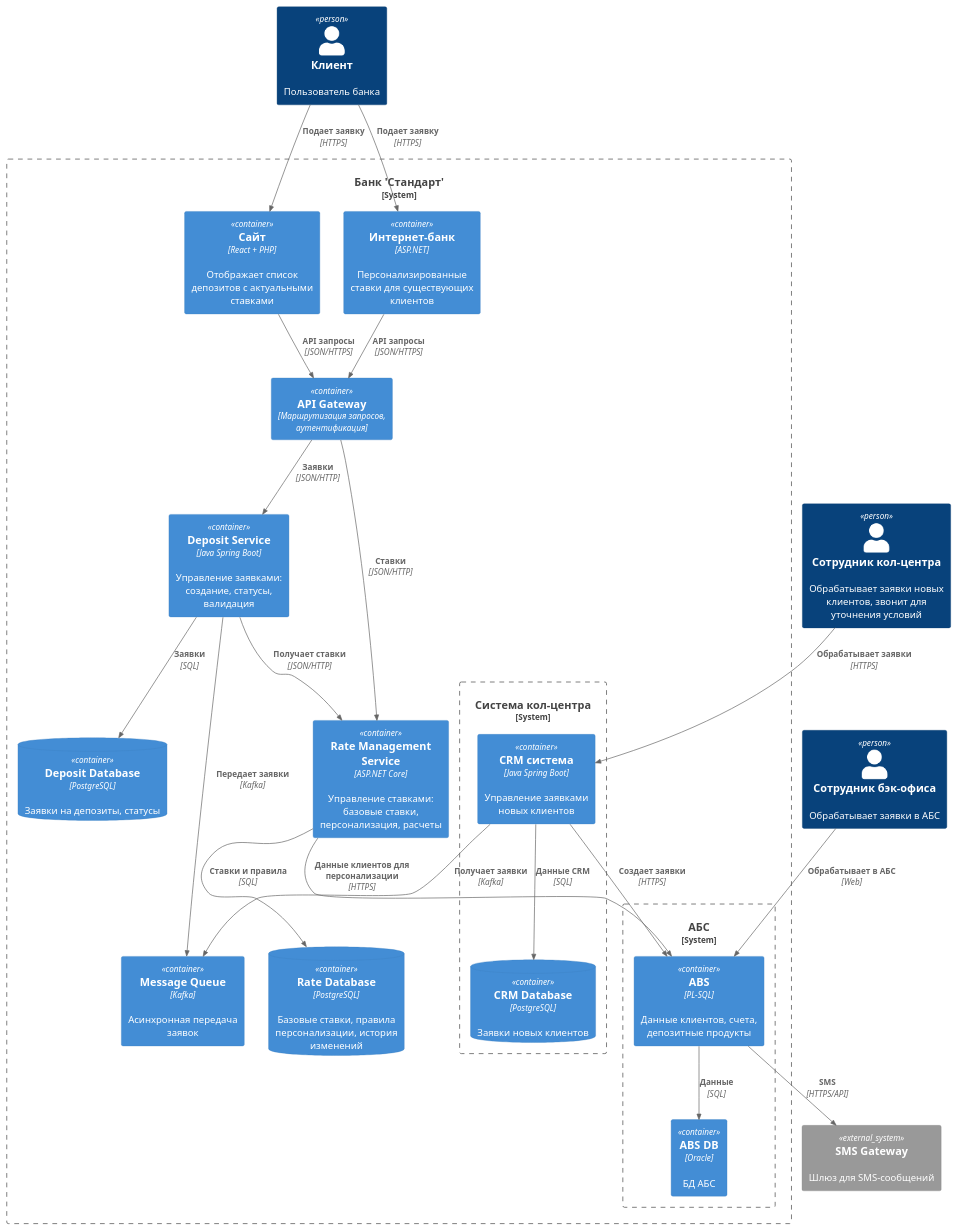
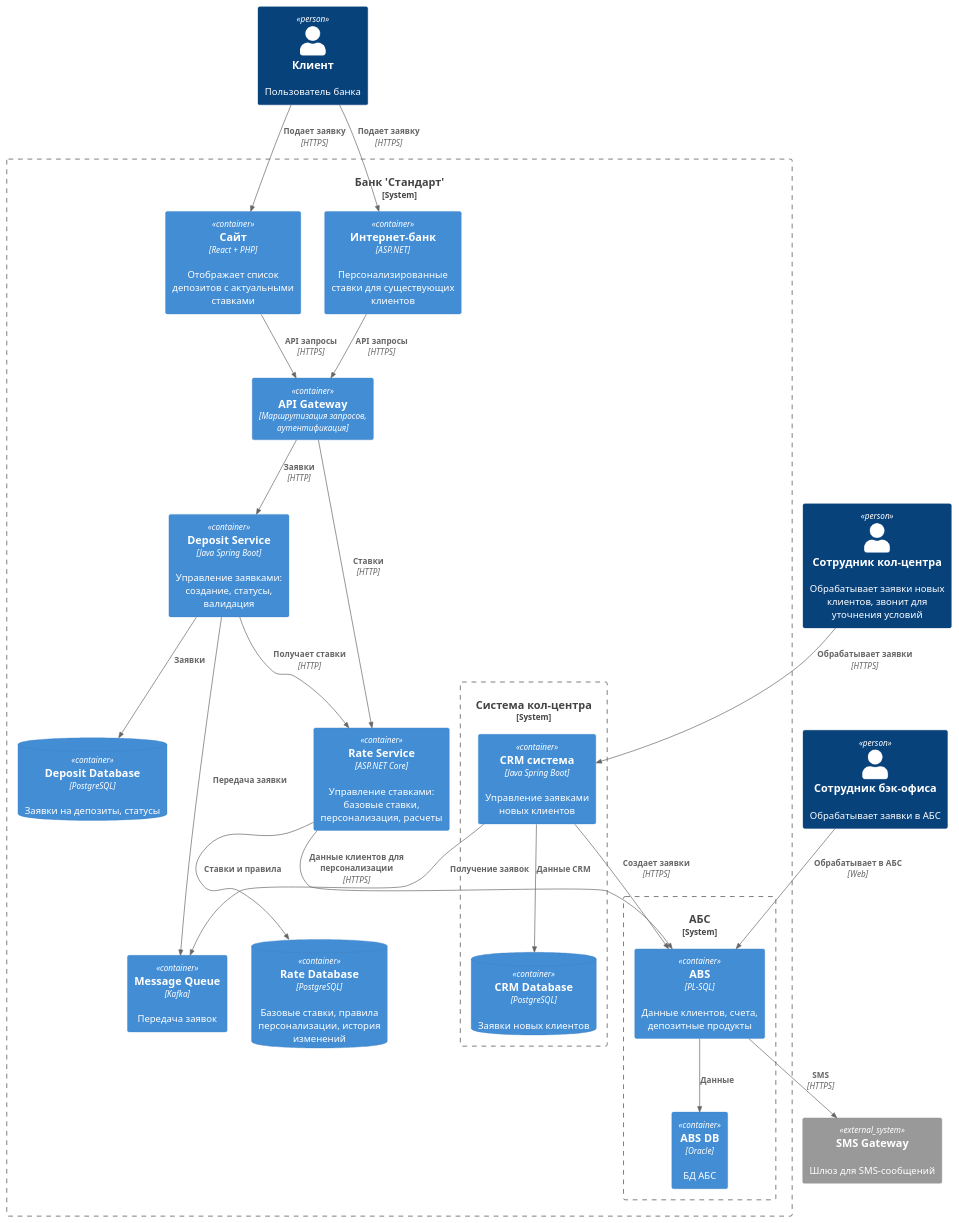
One commit to DanilaRazinkov/architecture-pro-standart changed the diagram in Task3/diagrams/c4_container.puml. Above: the diagram before and after it, drawn with PlantUML. The commit also changed 12 other files, not shown here.

```diff
--- a/Task3/diagrams/c4_container.puml
+++ b/Task3/diagrams/c4_container.puml
@@ -1,62 +1,62 @@
 @startuml
 top to bottom direction
 
 !includeurl https://raw.githubusercontent.com/plantuml-stdlib/C4-PlantUML/master/C4_Component.puml
 
 Person(user, "Клиент", "Пользователь банка")
 Person(callAgent, "Сотрудник кол-центра", "Обрабатывает заявки новых клиентов, звонит для уточнения условий")
 Person(backOffice, "Сотрудник бэк-офиса", "Обрабатывает заявки в АБС")
 
 System_Boundary(bank, "Банк 'Стандарт'") {
     Container(website, "Сайт", "React + PHP", "Отображает список депозитов с актуальными ставками")
     Container(internetBank, "Интернет-банк", "ASP.NET", "Персонализированные ставки для существующих клиентов")
 
     Container(lb, "API Gateway", "Маршрутизация запросов, аутентификация")
 
     Container(depositService, "Deposit Service", "Java Spring Boot", "Управление заявками: создание, статусы, валидация")
-    Container(rateService, "Rate Management Service", "ASP.NET Core", "Управление ставками: базовые ставки, персонализация, расчеты")
-
-    Container(kafkaMQ, "Message Queue", "Kafka", "Асинхронная передача заявок")
+    Container(rateService, "Rate Service", "ASP.NET Core", "Управление ставками: базовые ставки, персонализация, расчеты")
 
     ContainerDb(depositDb, "Deposit Database", "PostgreSQL", "Заявки на депозиты, статусы")
     ContainerDb(rateDb, "Rate Database", "PostgreSQL", "Базовые ставки, правила персонализации, история изменений")
+
+    Container(kafkaMQ, "Message Queue", "Kafka", "Передача заявок")
 
     System_Boundary(absSystem, "АБС") {
         Container(abs, "ABS", "PL-SQL", "Данные клиентов, счета, депозитные продукты")
         Container(absDB, "ABS DB", "Oracle", "БД АБС")
     }
 
     System_Boundary(callCenter, "Система кол-центра") {
         Container(crm, "CRM система",  "Java Spring Boot", "Управление заявками новых клиентов")
         ContainerDb(crmBD, "CRM Database", "PostgreSQL", "Заявки новых клиентов")
     }
 }
 
 System_Ext(smsGateway, "SMS Gateway", "Шлюз для SMS-сообщений")
 
 Rel(user, website, "Подает заявку", "HTTPS")
 Rel(user, internetBank, "Подает заявку", "HTTPS")
 Rel(callAgent, crm, "Обрабатывает заявки", "HTTPS")
 Rel(backOffice, abs, "Обрабатывает в АБС", "Web")
 
-Rel(website, lb, "API запросы", "JSON/HTTPS")
-Rel(internetBank, lb, "API запросы", "JSON/HTTPS")
+Rel(website, lb, "API запросы", "HTTPS")
+Rel(internetBank, lb, "API запросы", "HTTPS")
 
-Rel(lb, depositService, "Заявки", "JSON/HTTP")
-Rel(lb, rateService, "Ставки", "JSON/HTTP")
+Rel(lb, depositService, "Заявки", "HTTP")
+Rel(lb, rateService, "Ставки", "HTTP")
 
-Rel(depositService, rateService, "Получает ставки", "JSON/HTTP")
-Rel(depositService, kafkaMQ, "Передает заявки", "Kafka")
-Rel(depositService, depositDb, "Заявки", "SQL")
+Rel(depositService, rateService, "Получает ставки", "HTTP")
+Rel(depositService, kafkaMQ, "Передача заявки")
+Rel(depositService, depositDb, "Заявки")
 
-Rel(rateService, rateDb, "Ставки и правила", "SQL")
+Rel(rateService, rateDb, "Ставки и правила")
 Rel(rateService, abs, "Данные клиентов для персонализации", "HTTPS")
 
-Rel(crm, kafkaMQ, "Получает заявки", "Kafka")
-Rel(crm, crmBD, "Данные CRM", "SQL")
+Rel(crm, crmBD, "Данные CRM")
 Rel(crm, abs, "Создает заявки", "HTTPS")
+Rel(crm, kafkaMQ, "Получение заявок")
 
-Rel(abs, absDB, "Данные", "SQL")
-Rel(abs, smsGateway, "SMS", "HTTPS/API")
+Rel(abs, absDB, "Данные")
+Rel(abs, smsGateway, "SMS", "HTTPS")
 
 @enduml
```
